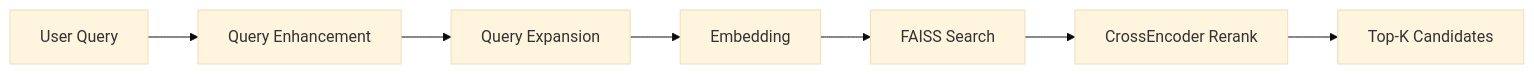
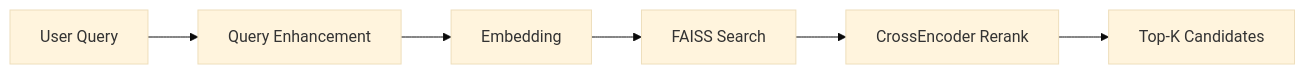
One commit to Imaging-Plaza/ai-agent changed the diagram in docs/architecture/retrieval.md. Above: the diagram before and after it, drawn with Mermaid (base theme).

````diff
--- a/docs/architecture/retrieval.md
+++ b/docs/architecture/retrieval.md
@@ -18,9 +18,8 @@
 ```mermaid
 graph LR
     A[User Query] --> B[Query Enhancement]
-    B --> C[Query Expansion]
-    C --> D[Embedding]
-    D --> E[FAISS Search]
-    E --> F[CrossEncoder Rerank]
-    F --> G[Top-K Candidates]
+    B --> C[Embedding]
+    C --> D[FAISS Search]
+    D --> E[CrossEncoder Rerank]
+    E --> F[Top-K Candidates]
 ```
````
